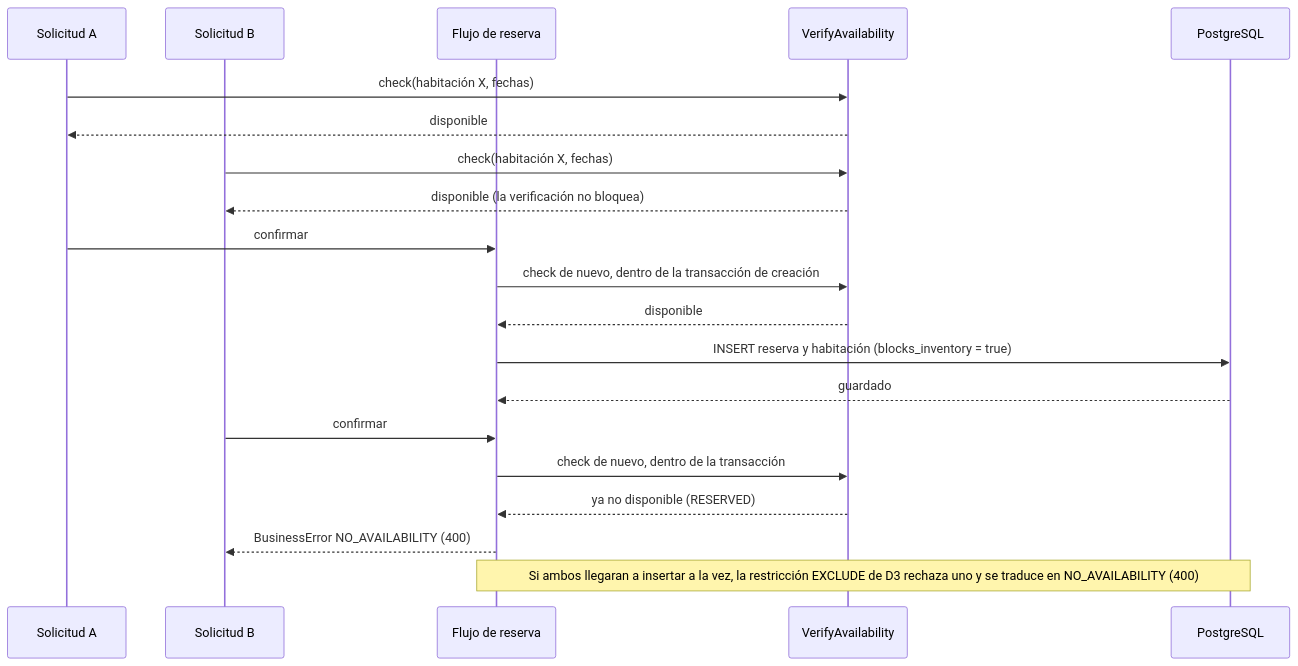
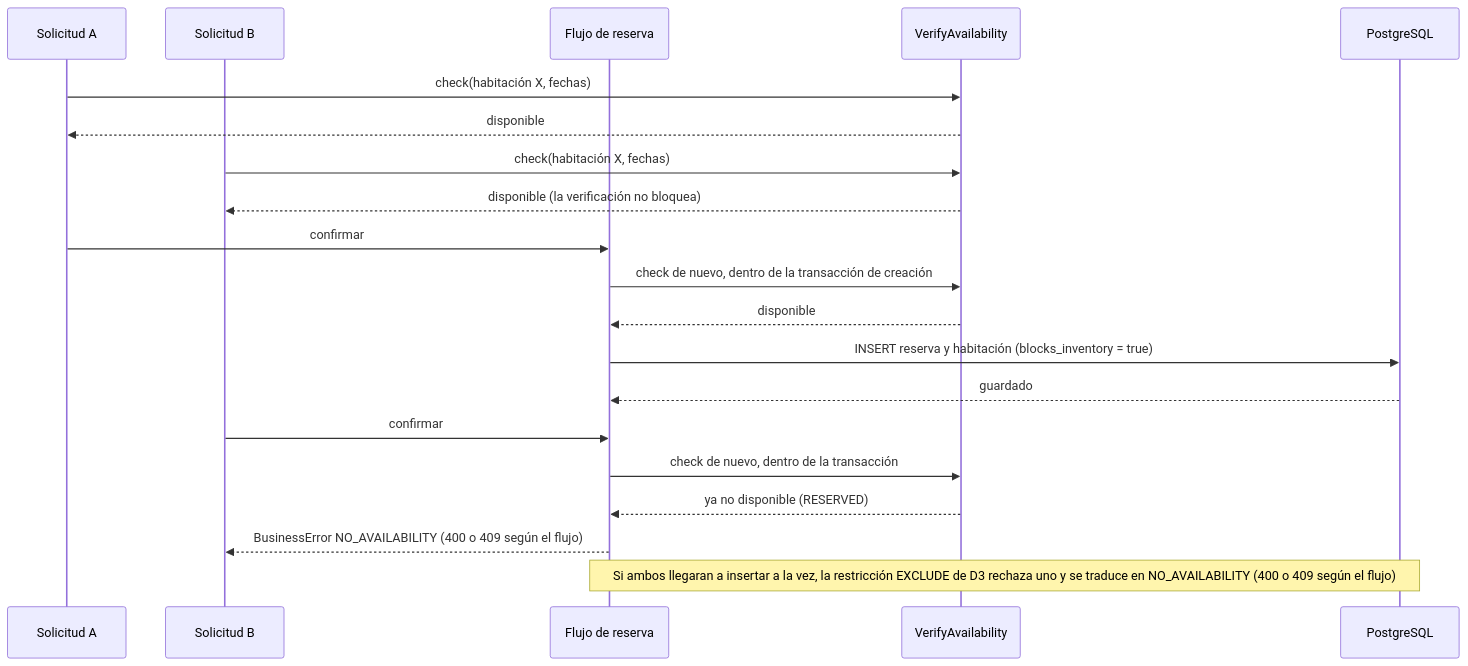
One commit to Lapicero312-lapi/HOSPITUA-MOD-2 changed the third of 3 diagrams in specs/check-room-availability/plan.md. Above: the diagram before and after it, drawn with Mermaid. The commit also changed other lines of this file and 1 other file, not shown here.

````diff
--- a/specs/check-room-availability/plan.md
+++ b/specs/check-room-availability/plan.md
@@ -240,23 +242,23 @@
 ```mermaid
 sequenceDiagram
     participant A as Solicitud A
     participant B as Solicitud B
     participant F as Flujo de reserva
     participant V as VerifyAvailability
     participant DB as PostgreSQL
 
     A->>V: check(habitación X, fechas)
     V-->>A: disponible
     B->>V: check(habitación X, fechas)
     V-->>B: disponible (la verificación no bloquea)
     A->>F: confirmar
     F->>V: check de nuevo, dentro de la transacción de creación
     V-->>F: disponible
     F->>DB: INSERT reserva y habitación (blocks_inventory = true)
     DB-->>F: guardado
     B->>F: confirmar
     F->>V: check de nuevo, dentro de la transacción
     V-->>F: ya no disponible (RESERVED)
-    F-->>B: BusinessError NO_AVAILABILITY (400)
-    Note over F,DB: Si ambos llegaran a insertar a la vez, la restricción EXCLUDE de D3 rechaza uno y se traduce en NO_AVAILABILITY (400)
+    F-->>B: BusinessError NO_AVAILABILITY (400 o 409 según el flujo)
+    Note over F,DB: Si ambos llegaran a insertar a la vez, la restricción EXCLUDE de D3 rechaza uno y se traduce en NO_AVAILABILITY (400 o 409 según el flujo)
 ```
````
